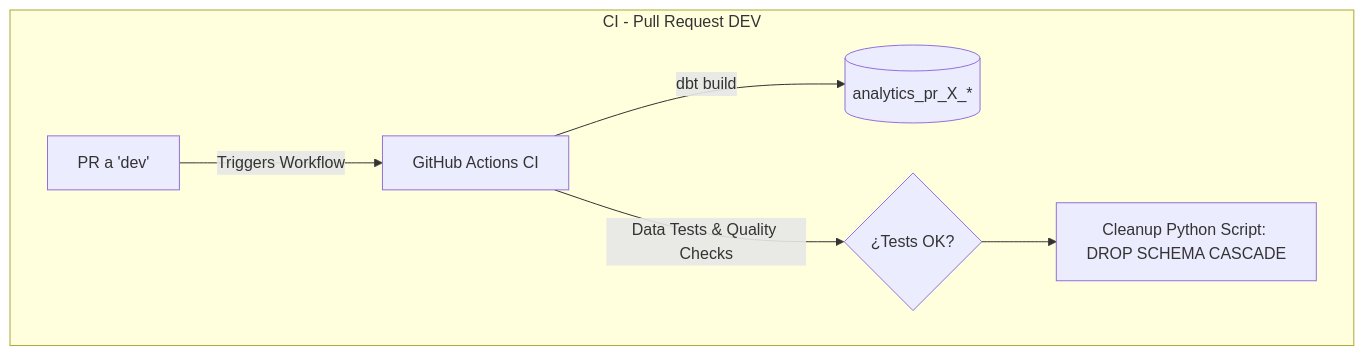
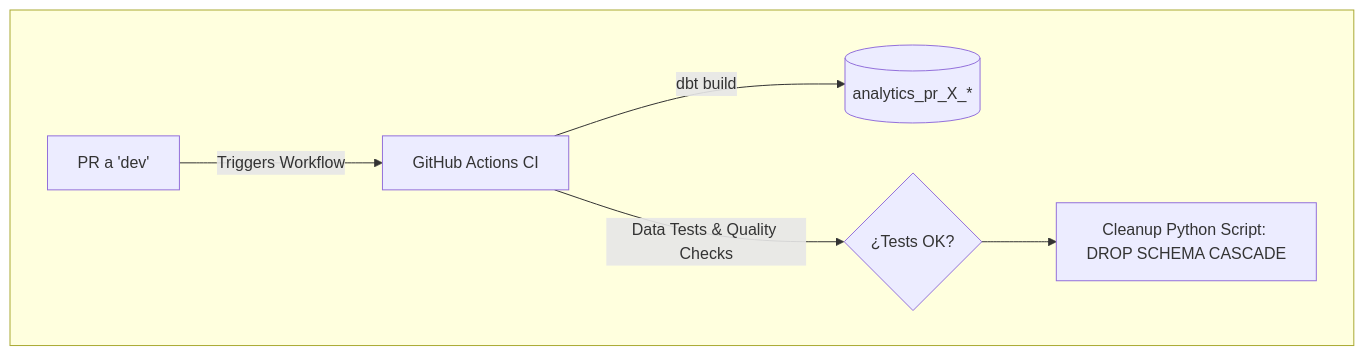
Before and after one commit to oelasmar/github-events-analytics: the third of 4 diagrams in README.md, drawn with Mermaid. The commit also changed other lines of this file and 14 other files, not shown here.

````diff
--- a/README.md
+++ b/README.md
@@ -46,11 +50,11 @@
 ```mermaid
 graph TD
 
-    subgraph "CI - Pull Request DEV"
+    subgraph " " 
         PR[PR a 'dev'] -->|Triggers Workflow| CI_ACTION[GitHub Actions CI]
         CI_ACTION -->|dbt build| EPHEMERAL_DB[(analytics_pr_X_*)]
         CI_ACTION -->|Data Tests & Quality Checks| TEST_RESULT{¿Tests OK?}
         TEST_RESULT --> CLEANUP[Cleanup Python Script: DROP SCHEMA CASCADE]
     end
 
 ```
````
